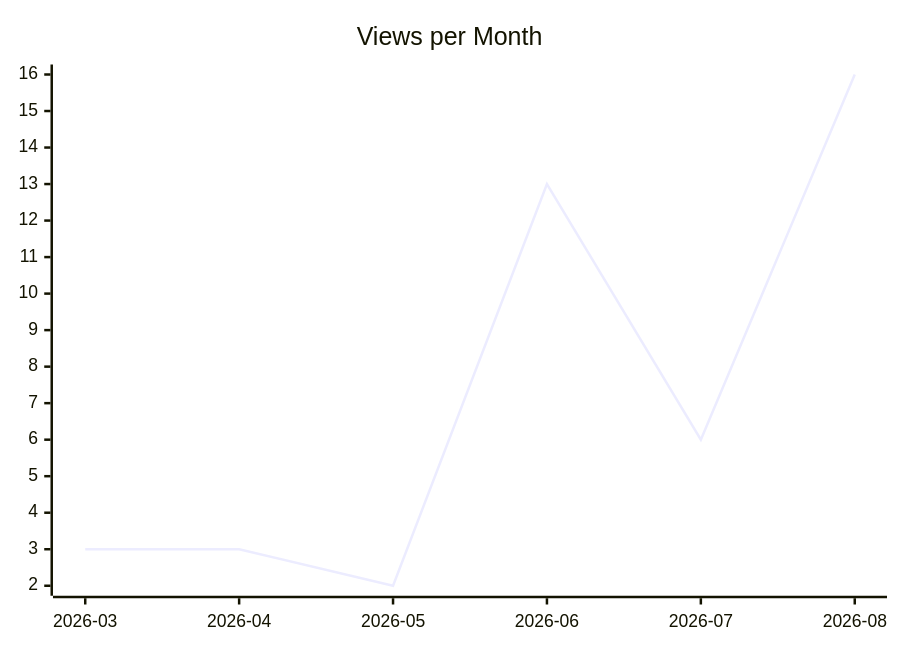
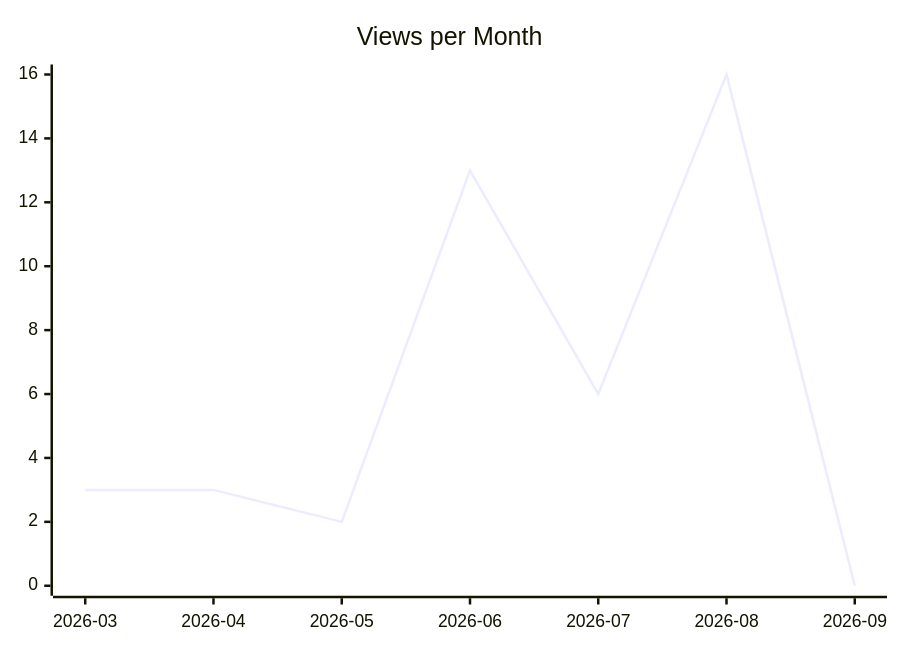
The second of 3 diagrams in karlmdavis/rps-tourney/README.md (justdavis-family/github-analytics-data), drawn with Mermaid before and after one commit. The commit also changed other lines of this file and 191 other files, not shown here.

````diff
--- a/karlmdavis/rps-tourney/README.md
+++ b/karlmdavis/rps-tourney/README.md
@@ -12,6 +12,6 @@
 ```mermaid
 xychart-beta
   title "Views per Month"
-  x-axis ["2026-03", "2026-04", "2026-05", "2026-06", "2026-07", "2026-08"]
-  line [3, 3, 2, 13, 6, 16]
+  x-axis ["2026-03", "2026-04", "2026-05", "2026-06", "2026-07", "2026-08", "2026-09"]
+  line [3, 3, 2, 13, 6, 16, 0]
 ```
````
